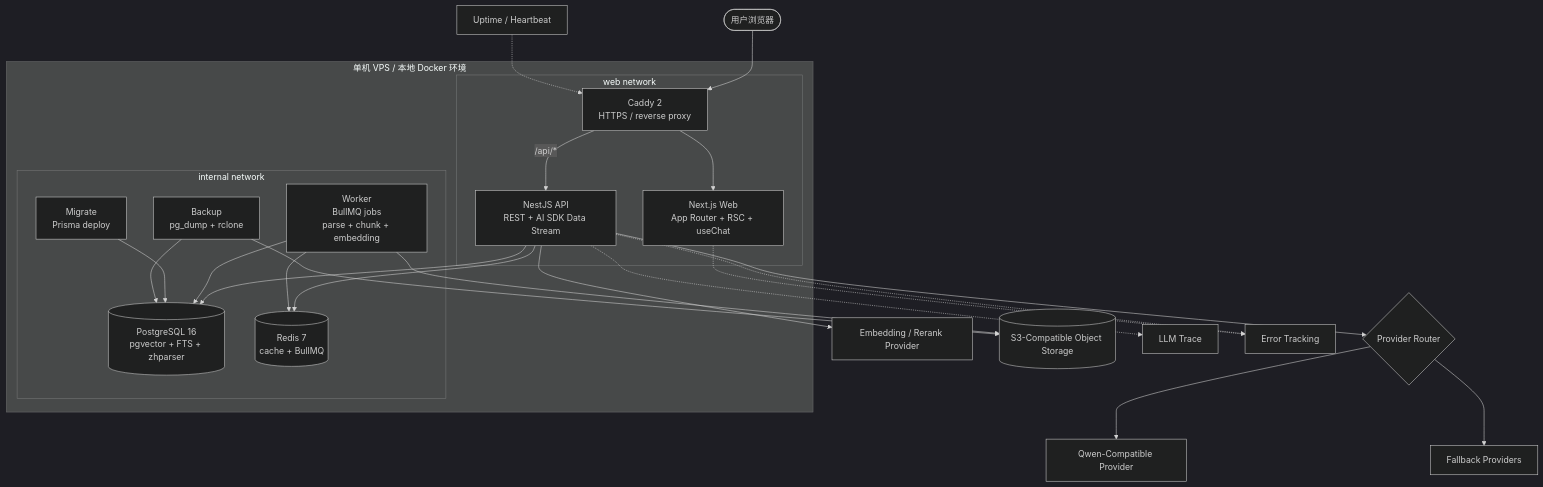
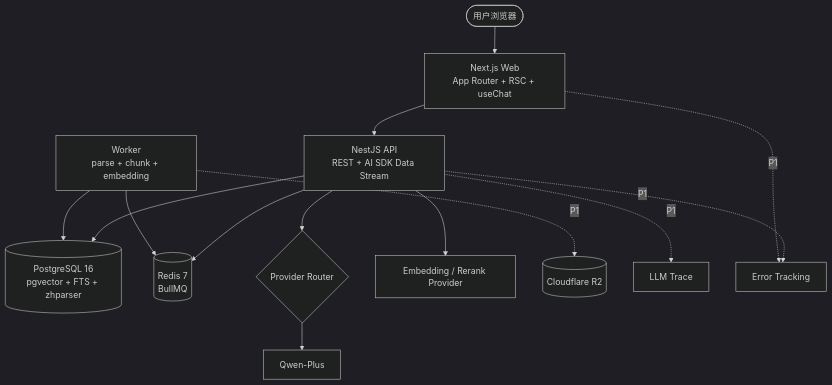
The diagram in README.md (wentiansky/DevBrain), drawn with Mermaid (dark theme) before and after one commit. The commit also changed other lines of this file and 35 other files, not shown here.

````diff
--- a/README.md
+++ b/README.md
@@ -68,35 +65,19 @@
 ```mermaid
 flowchart TB
-    User([用户浏览器]) --> Caddy
+    User([用户浏览器]) --> Web[Next.js Web<br/>App Router + RSC + useChat]
+    Web --> API[NestJS API<br/>REST + AI SDK Data Stream]
 
-    subgraph Host[单机 VPS / 本地 Docker 环境]
-        Caddy[Caddy 2<br/>HTTPS / reverse proxy]
-
-        subgraph WebNet[web network]
-            Caddy --> Web[Next.js Web<br/>App Router + RSC + useChat]
-            Caddy -->|/api/*| API[NestJS API<br/>REST + AI SDK Data Stream]
-        end
-
-        subgraph Internal[internal network]
-            API --> PG[(PostgreSQL 16<br/>pgvector + FTS + zhparser)]
-            API --> Redis[(Redis 7<br/>cache + BullMQ)]
-            Worker[Worker<br/>BullMQ jobs<br/>parse + chunk + embedding] --> PG
-            Worker --> Redis
-            Migrate[Migrate<br/>Prisma deploy] --> PG
-            Backup[Backup<br/>pg_dump + rclone] --> PG
-        end
-    end
+    API --> PG[(PostgreSQL 16<br/>pgvector + FTS + zhparser)]
+    API --> Redis[(Redis 7<br/>BullMQ)]
+    Worker[Worker<br/>parse + chunk + embedding] --> PG
+    Worker --> Redis
 
     API --> Router{Provider Router}
-    Router --> Qwen[Qwen-Compatible Provider]
-    Router --> Fallback[Fallback Providers]
+    Router --> Qwen[Qwen-Plus]
     API --> DashScope[Embedding / Rerank Provider]
 
-    Worker --> R2[(S3-Compatible Object Storage)]
-    Backup --> R2
-
-    API -.-> Langfuse[LLM Trace]
-    API -.-> Sentry[Error Tracking]
-    Web -.-> Sentry
-    BetterStack[Uptime / Heartbeat] -.-> Caddy
+    Worker -. P1 .-> R2[(Cloudflare R2)]
+    API -. P1 .-> Langfuse[LLM Trace]
+    API -. P1 .-> Sentry[Error Tracking]
+    Web -. P1 .-> Sentry
 ```
````
